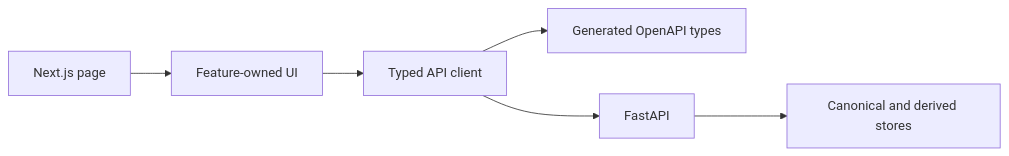
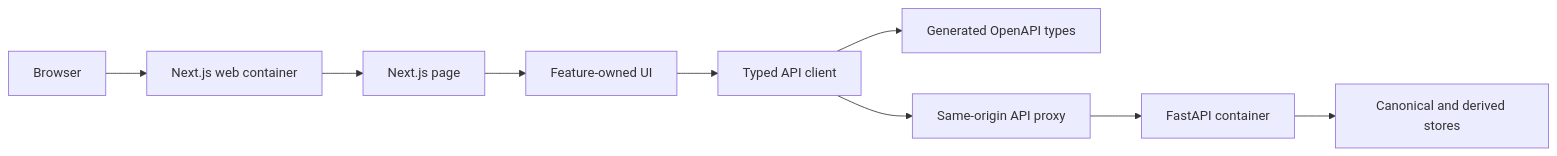
The diagram in frontend/README.md (rnkraus/investment-research), drawn with Mermaid before and after one commit. The commit also changed other lines of this file and 8 other files, not shown here.

````diff
--- a/frontend/README.md
+++ b/frontend/README.md
@@ -21,8 +23,11 @@
 ```mermaid
 flowchart LR
-    PAGE[Next.js page] --> UI[Feature-owned UI]
+    BROWSER[Browser] --> WEB[Next.js web container]
+    WEB --> PAGE[Next.js page]
     UI --> CLIENT[Typed API client]
+    PAGE --> UI[Feature-owned UI]
     CLIENT --> TYPES[Generated OpenAPI types]
-    CLIENT --> API[FastAPI]
+    CLIENT --> PROXY[Same-origin API proxy]
+    PROXY --> API[FastAPI container]
     API --> STORES[Canonical and derived stores]
 ```
````
